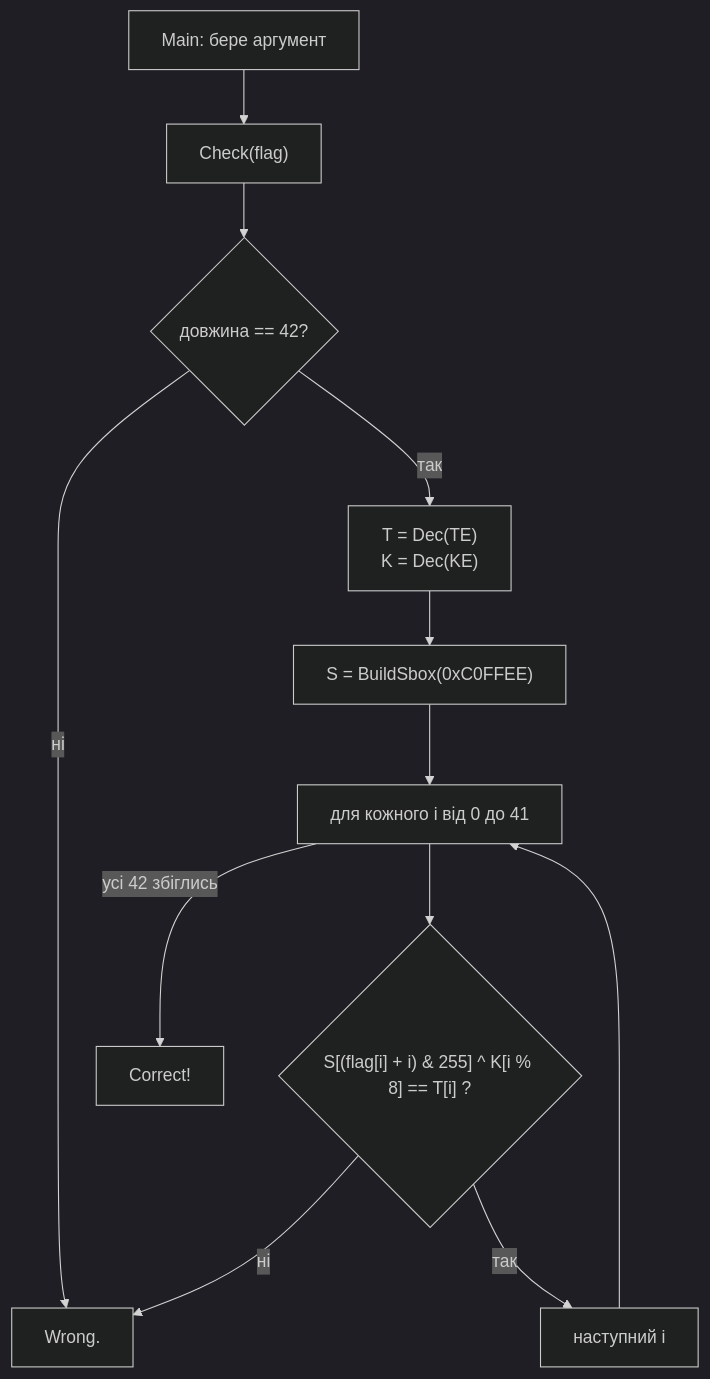
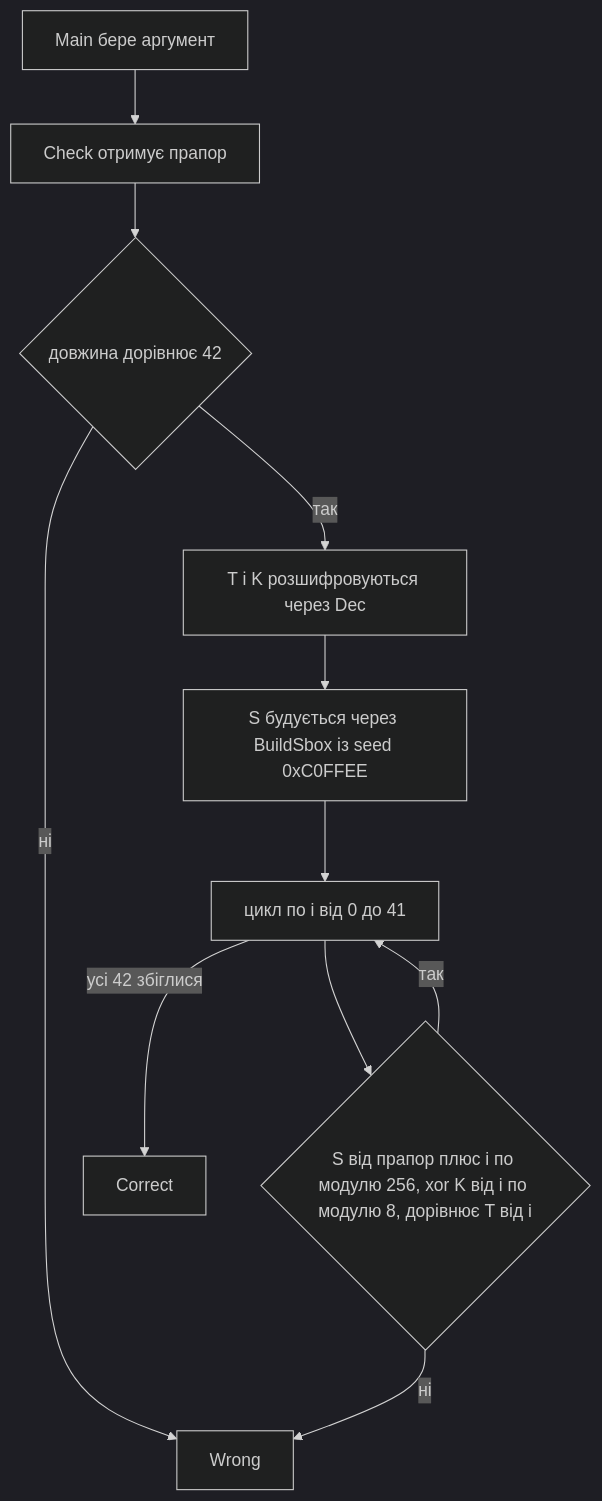
The diagram in Guardian/README.md (Systemandorder/kpi2026-ctf-writeups), drawn with Mermaid (dark theme) before and after one commit. The commit also changed other lines of this file, not shown here.

````diff
--- a/Guardian/README.md
+++ b/Guardian/README.md
@@ -67,14 +141,13 @@
 ```mermaid
 flowchart TD
-    A["Main: бере аргумент"] --> B["Check(flag)"]
-    B --> C{"довжина == 42?"}
-    C -- ні --> W["Wrong."]
-    C -- так --> D["T = Dec(TE)<br/>K = Dec(KE)"]
-    D --> E["S = BuildSbox(0xC0FFEE)"]
-    E --> F["для кожного i від 0 до 41"]
-    F --> G{"S[(flag[i] + i) & 255] ^ K[i % 8] == T[i] ?"}
+    A[Main бере аргумент] --> B[Check отримує прапор]
+    B --> C{довжина дорівнює 42}
+    C -- ні --> W[Wrong]
+    C -- так --> D[T і K розшифровуються через Dec]
+    D --> E[S будується через BuildSbox із seed 0xC0FFEE]
+    E --> F[цикл по i від 0 до 41]
+    F --> G{S від прапор плюс i по модулю 256, xor K від i по модулю 8, дорівнює T від i}
     G -- ні --> W
-    G -- так --> H["наступний i"]
-    H --> F
-    F -- усі 42 збіглись --> OK["Correct!"]
+    G -- так --> F
+    F -- усі 42 збіглися --> OK[Correct]
 ```
````
